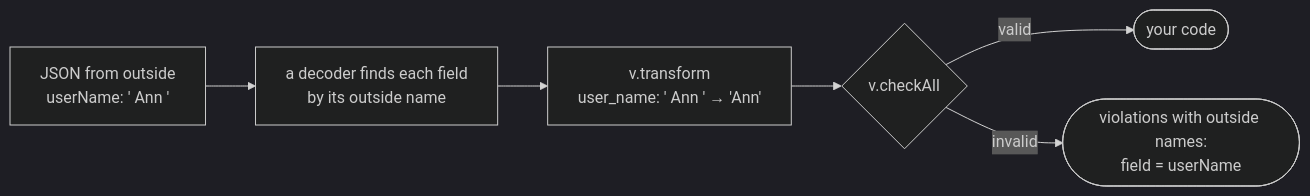
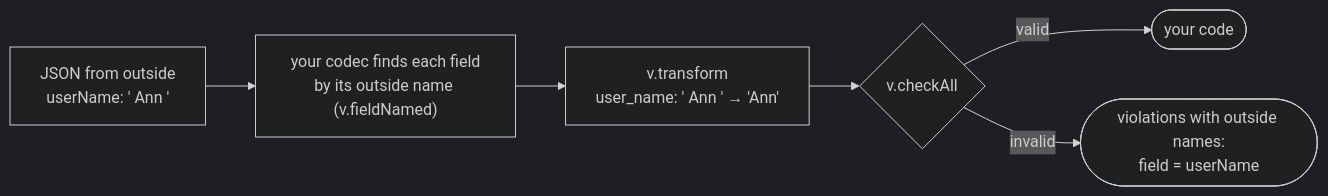
One commit to vkiryakov/zefir changed the second of 2 diagrams in src/validator/examples/README.md. Above: the diagram before and after it, drawn with Mermaid (dark theme). The commit also changed other lines of this file and 3 other files, not shown here.

````diff
--- a/src/validator/examples/README.md
+++ b/src/validator/examples/README.md
@@ -493,8 +516,8 @@
 ```mermaid
 flowchart LR
-    json["JSON from outside<br/>userName: ' Ann '"] --> decode["a decoder finds each field<br/>by its outside name"]
+    json["JSON from outside<br/>userName: ' Ann '"] --> decode["your codec finds each field<br/>by its outside name (v.fieldNamed)"]
     decode --> transform["v.transform<br/>user_name: ' Ann ' → 'Ann'"]
     transform --> check{"v.checkAll"}
     check -->|"valid"| code(["your code"])
     check -->|"invalid"| violations(["violations with outside names:<br/>field = userName"])
 ```
````
